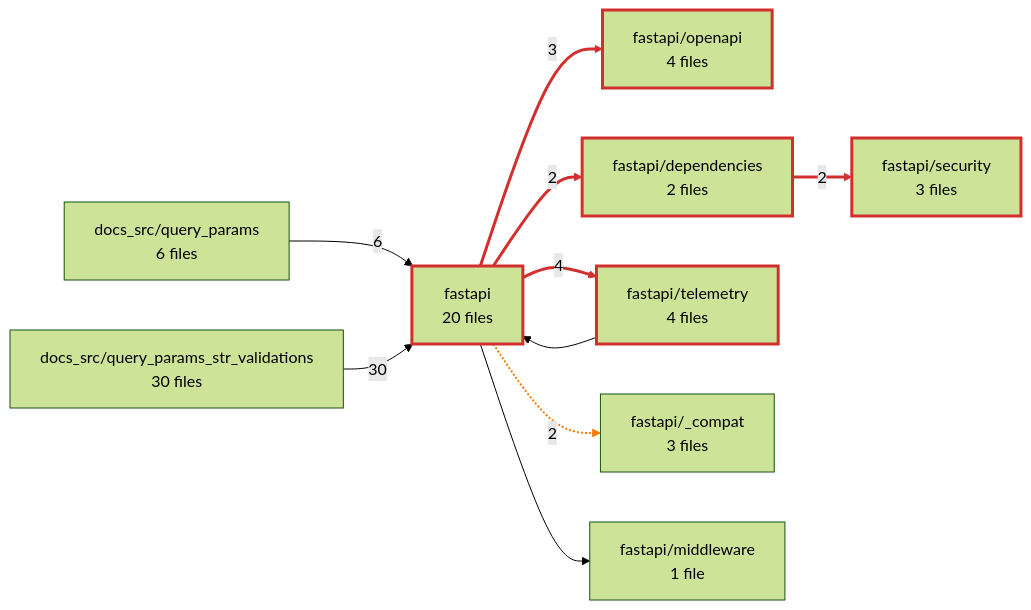
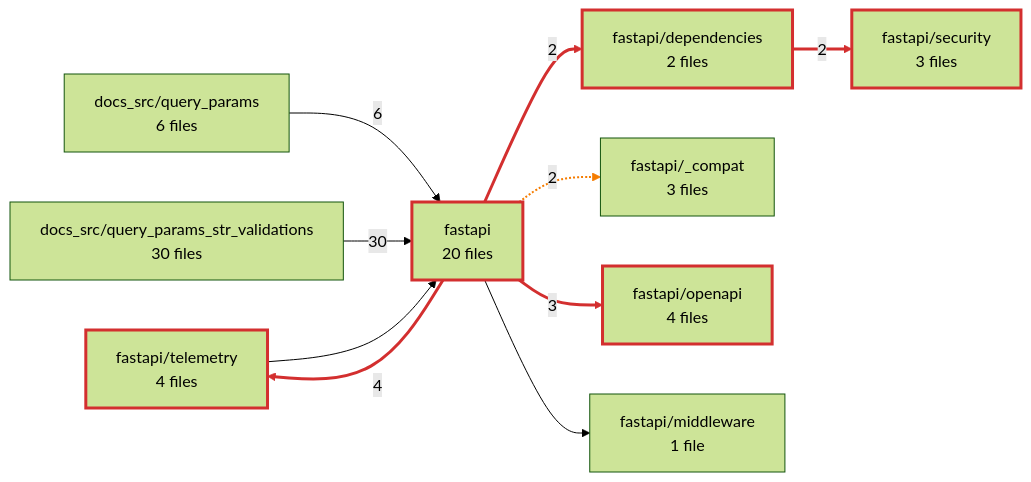
Before and after one commit to mohdzain98/gnost: diagram 27 of 36 in docs/gallery/fastapi/flow/folder-paths.md, drawn with Mermaid (forest theme). The commit also changed other lines of this file and 27 other files, not shown here.

````diff
--- a/docs/gallery/fastapi/flow/folder-paths.md
+++ b/docs/gallery/fastapi/flow/folder-paths.md
@@ -2251,25 +2251,25 @@
 ```mermaid
 flowchart LR
+  dir_fastapi_telemetry["fastapi/telemetry<br/>4 files"]
+  dir_fastapi["fastapi<br/>20 files"]
+  dir_fastapi_dependencies["fastapi/dependencies<br/>2 files"]
+  dir_fastapi__compat["fastapi/_compat<br/>3 files"]
+  dir_docs_src_query_params_str_validations["docs_src/query_params_str_validations<br/>30 files"]
+  dir_docs_src_query_params["docs_src/query_params<br/>6 files"]
   dir_fastapi_openapi["fastapi/openapi<br/>4 files"]
-  dir_docs_src_query_params_str_validations["docs_src/query_params_str_validations<br/>30 files"]
-  dir_fastapi["fastapi<br/>20 files"]
-  dir_docs_src_query_params["docs_src/query_params<br/>6 files"]
-  dir_fastapi_dependencies["fastapi/dependencies<br/>2 files"]
+  dir_fastapi_middleware["fastapi/middleware<br/>1 file"]
   dir_fastapi_security["fastapi/security<br/>3 files"]
-  dir_fastapi_telemetry["fastapi/telemetry<br/>4 files"]
-  dir_fastapi__compat["fastapi/_compat<br/>3 files"]
-  dir_fastapi_middleware["fastapi/middleware<br/>1 file"]
   dir_docs_src_query_params -->|6| dir_fastapi
   dir_docs_src_query_params_str_validations -->|30| dir_fastapi
   dir_fastapi -.->|2| dir_fastapi__compat
   dir_fastapi ==>|2| dir_fastapi_dependencies
   dir_fastapi --> dir_fastapi_middleware
   dir_fastapi ==>|3| dir_fastapi_openapi
   dir_fastapi ==>|4| dir_fastapi_telemetry
   dir_fastapi_dependencies ==>|2| dir_fastapi_security
   dir_fastapi_telemetry --> dir_fastapi
   linkStyle 2 stroke:#f57c00,stroke-width:2px
   linkStyle 3,5,6,7 stroke:#d32f2f,stroke-width:3px
   classDef cycle stroke:#d32f2f,stroke-width:3px
-  class dir_fastapi_openapi,dir_fastapi,dir_fastapi_dependencies,dir_fastapi_security,dir_fastapi_telemetry cycle
+  class dir_fastapi_telemetry,dir_fastapi,dir_fastapi_dependencies,dir_fastapi_openapi,dir_fastapi_security cycle
 ```
````
